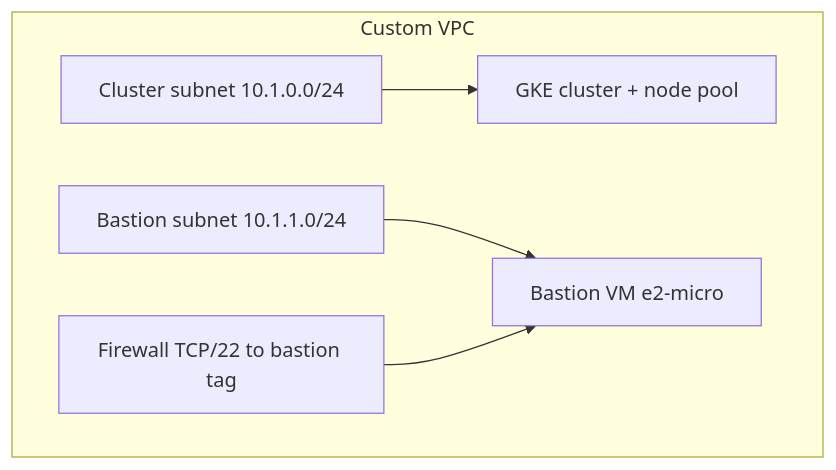
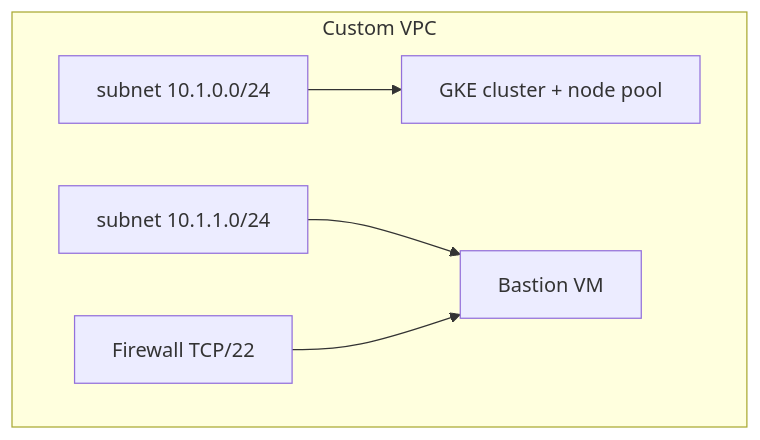
The diagram in readme.md (joheee/GcpBaseInfra), drawn with Mermaid before and after one commit. The commit also changed other lines of this file, not shown here.

````diff
--- a/readme.md
+++ b/readme.md
@@ -14,13 +14,13 @@
 ```mermaid
 flowchart TB
   subgraph vpc[Custom VPC]
-    sn_c[Cluster subnet 10.1.0.0/24]
-    sn_b[Bastion subnet 10.1.1.0/24]
-    fw[Firewall TCP/22 to bastion tag]
-    bastion[Bastion VM e2-micro]
+    sn_c[subnet 10.1.0.0/24]
+    sn_b[subnet 10.1.1.0/24]
+    fw[Firewall TCP/22]
+    bastion[Bastion VM]
     gke[GKE cluster + node pool]
   end
   sn_c --> gke
   sn_b --> bastion
   fw --> bastion
 ```
````
